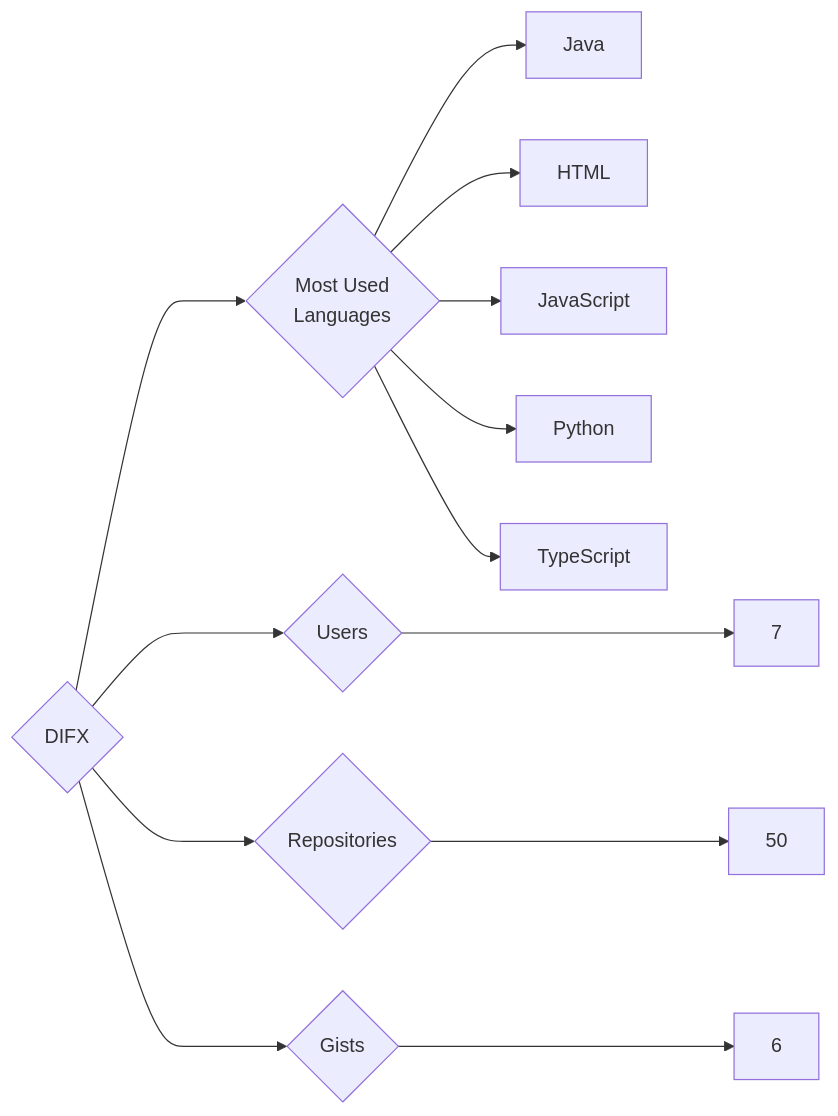
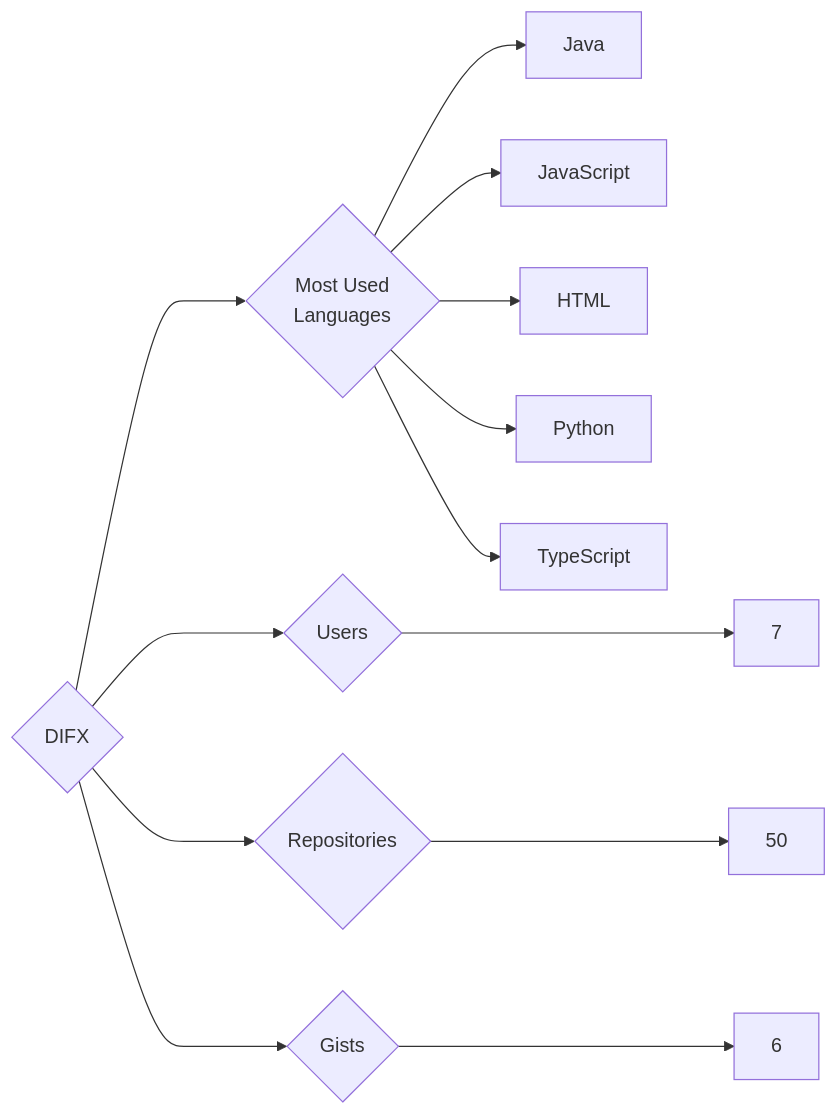
The diagram in targets/DIFX/README.md (trickest/insiders), drawn with Mermaid before and after one commit. The commit also changed other lines of this file and 933 other files, not shown here.

````diff
--- a/targets/DIFX/README.md
+++ b/targets/DIFX/README.md
@@ -3,13 +3,13 @@
 ```mermaid
 graph LR
 COMPANY_NAME{DIFX}
 COMPANY_NAME ---> U{Users} ---> UN[7]
 COMPANY_NAME ---> R{Repositories} ---> RN[50]
 COMPANY_NAME ---> G{Gists} ---> GN[6]
 COMPANY_NAME ---> ML{Most Used<br>Languages}
 ML --> Java[Java]
+ML --> JavaScript[JavaScript]
 ML --> HTML[HTML]
-ML --> JavaScript[JavaScript]
 ML --> Python[Python]
 ML --> TypeScript[TypeScript]
 ```
````
